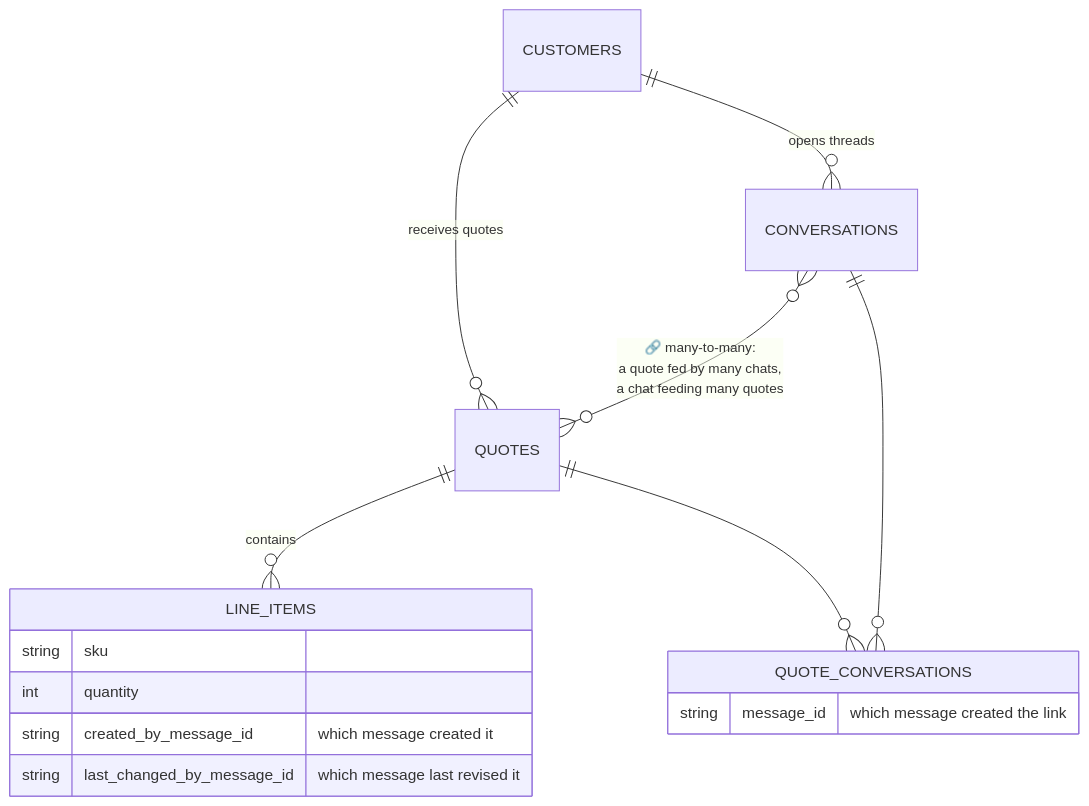
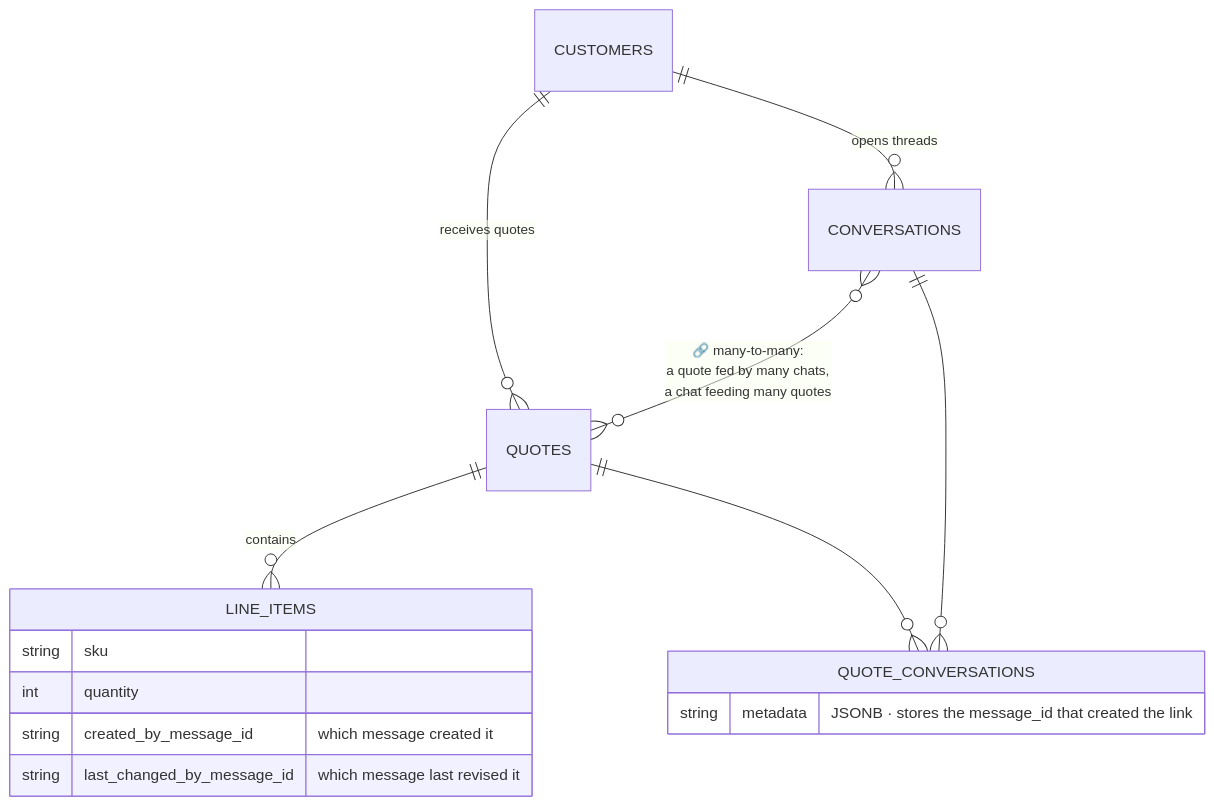
One commit to Selopez24/axial-quote-engine changed the third of 4 diagrams in docs/presentation-diagrams.md. Above: the diagram before and after it, drawn with Mermaid. The commit also changed other lines of this file and 11 other files, not shown here.

First line of the commit message:
docs: fix diagram accuracy and slide readability

````diff
--- a/docs/presentation-diagrams.md
+++ b/docs/presentation-diagrams.md
@@ -99,18 +102,18 @@
 ```mermaid
 erDiagram
     CUSTOMERS ||--o{ CONVERSATIONS : "opens threads"
     CUSTOMERS ||--o{ QUOTES : "receives quotes"
     CONVERSATIONS }o--o{ QUOTES : "🔗 many-to-many:<br/>a quote fed by many chats,<br/>a chat feeding many quotes"
     QUOTES ||--o{ LINE_ITEMS : "contains"
     LINE_ITEMS {
         string sku
         int quantity
         string created_by_message_id "which message created it"
         string last_changed_by_message_id "which message last revised it"
     }
     QUOTE_CONVERSATIONS {
-        string message_id "which message created the link"
+        string metadata "JSONB · stores the message_id that created the link"
     }
     QUOTES ||--o{ QUOTE_CONVERSATIONS : ""
     CONVERSATIONS ||--o{ QUOTE_CONVERSATIONS : ""
 ```
````
